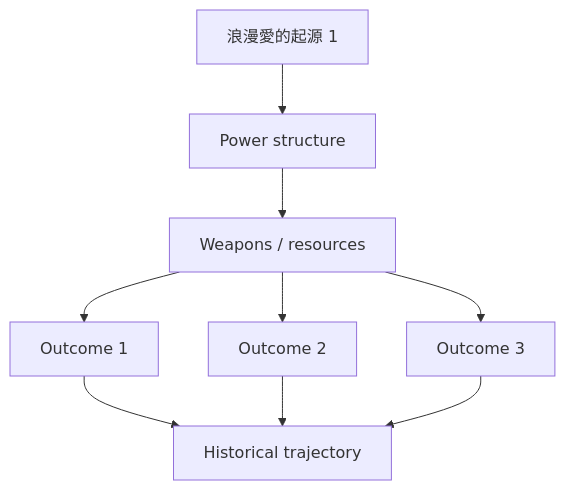
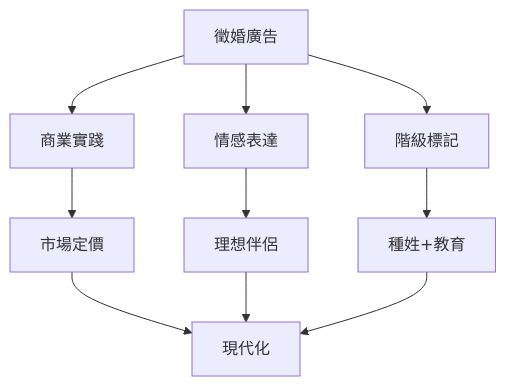
Before and after one commit to yip-lgtm/HKU-Harvard-History-Self-Study: the second of 10 diagrams in 02_Harvard_Courses/Fall_Courses/Hist137_History_of_Love.md, drawn with Mermaid. The commit also changed other lines of this file and 65 other files, not shown here.

````diff
--- a/02_Harvard_Courses/Fall_Courses/Hist137_History_of_Love.md
+++ b/02_Harvard_Courses/Fall_Courses/Hist137_History_of_Love.md
@@ -148,11 +144,12 @@
 ```mermaid
 graph TD
-    A[浪漫愛的起源 1] --> B[Power structure]
-    B --> C[Weapons / resources]
-    C --> D[Outcome 1]
-    C --> E[Outcome 2]
-    C --> F[Outcome 3]
-    D --> G[Historical trajectory]
-    E --> G
-    F --> G
+    A[徵婚廣告] --> B[商業實踐]
+    A --> C[情感表達]
+    A --> D[階級標記]
+    B --> E[市場定價]
+    C --> F[理想伴侶]
+    D --> G[種姓+教育]
+    E --> H[現代化]
+    F --> H
+    G --> H
 ```
````
